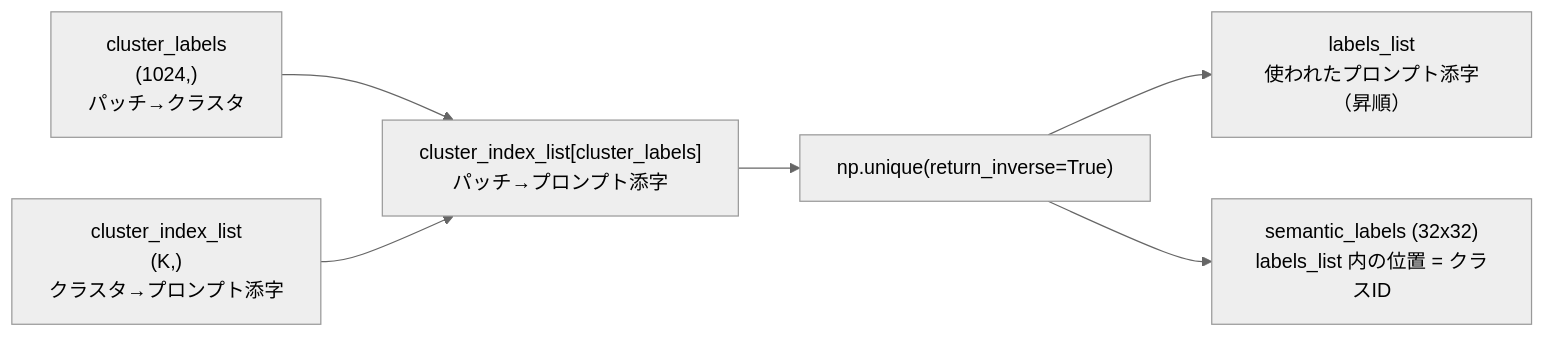
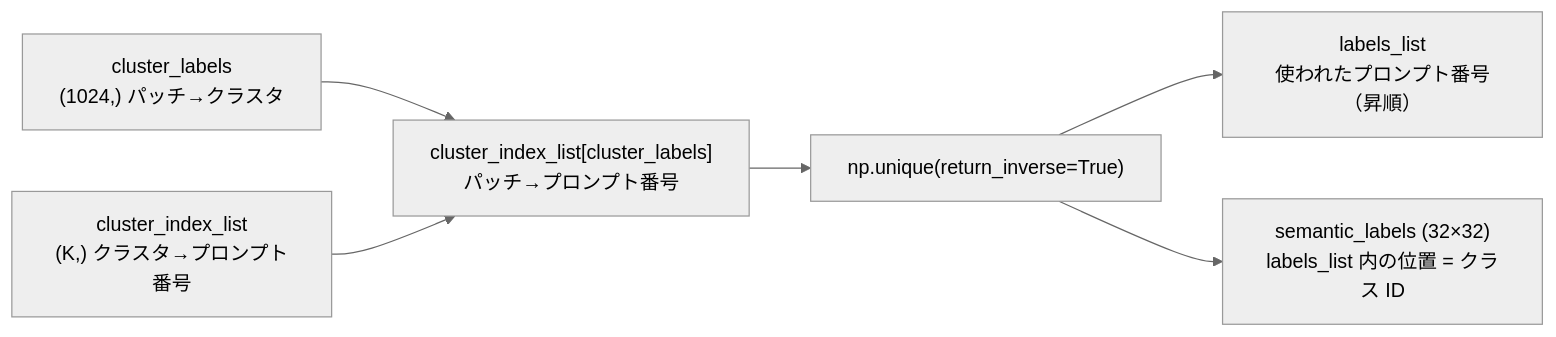
Before and after one commit to fklg-64/pe_anything_detect: the eighth of 15 diagrams in docs/coarse_segmentation.md, drawn with Mermaid (neutral theme). The commit also changed other lines of this file and 2 other files, not shown here.

````diff
--- a/docs/coarse_segmentation.md
+++ b/docs/coarse_segmentation.md
@@ -161,8 +289,8 @@
 ```mermaid
 flowchart LR
-    A["cluster_labels<br/>(1024,)<br/>パッチ→クラスタ"] --> C
-    B["cluster_index_list<br/>(K,)<br/>クラスタ→プロンプト添字"] --> C["cluster_index_list[cluster_labels]<br/>パッチ→プロンプト添字"]
+    A["cluster_labels<br/>(1024,) パッチ→クラスタ"] --> C
+    B["cluster_index_list<br/>(K,) クラスタ→プロンプト番号"] --> C["cluster_index_list[cluster_labels]<br/>パッチ→プロンプト番号"]
     C --> D["np.unique(return_inverse=True)"]
-    D --> E["labels_list<br/>使われたプロンプト添字（昇順）"]
-    D --> F["semantic_labels (32x32)<br/>labels_list 内の位置 = クラスID"]
+    D --> E["labels_list<br/>使われたプロンプト番号（昇順）"]
+    D --> F["semantic_labels (32×32)<br/>labels_list 内の位置 = クラス ID"]
 ```
````
